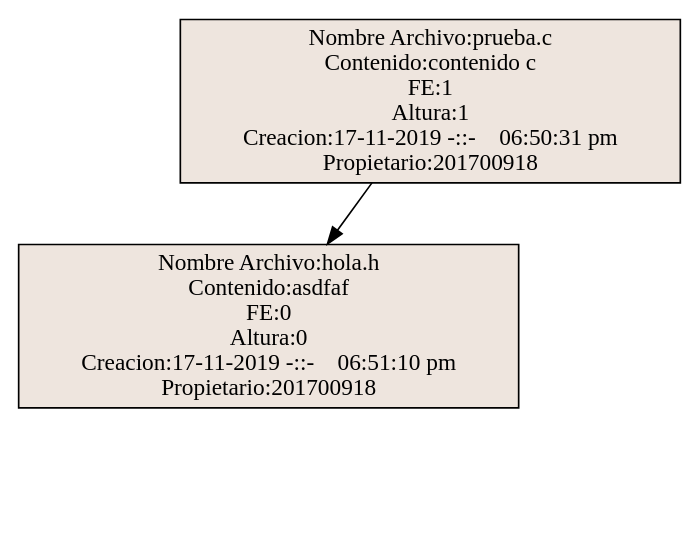
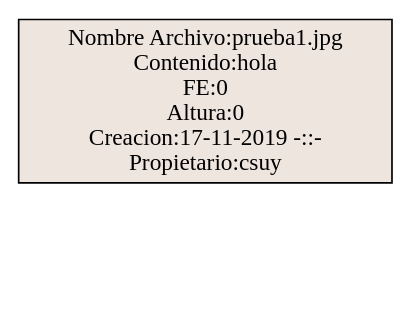
One commit to CSuy/EDD_2S2019_PY2_201700918 changed the diagram in Reportes/Arbol_AVL.dot. Above: the diagram before and after it, drawn with Graphviz. The commit also changed 28 other files, not shown here.

```diff
--- a/Reportes/Arbol_AVL.dot
+++ b/Reportes/Arbol_AVL.dot
@@ -1,43 +1,24 @@
 digraph guia{ 
 node [shape = record, style=filled, fillcolor=seashell2];
-"Nombre Archivo:prueba.c
- Contenido:contenido c
- FE:1
- Altura:1
- Creacion:17-11-2019 -::-    06:50:31 pm
- Propietario:201700918"; 
-"Nombre Archivo:prueba.c
- Contenido:contenido c
- FE:1
- Altura:1
- Creacion:17-11-2019 -::-    06:50:31 pm
- Propietario:201700918"-> 
-"Nombre Archivo:hola.h
- Contenido:asdfaf
+"Nombre Archivo:prueba1.jpg
+ Contenido:hola
  FE:0
  Altura:0
- Creacion:17-11-2019 -::-    06:51:10 pm
- Propietario:201700918"; 
+ Creacion:17-11-2019 -::-
+ Propietario:csuy"; 
 null0[label="", style=invis]; 
-"Nombre Archivo:hola.h
- Contenido:asdfaf
+"Nombre Archivo:prueba1.jpg
+ Contenido:hola
  FE:0
  Altura:0
- Creacion:17-11-2019 -::-    06:51:10 pm
- Propietario:201700918"-> null0[style=invis]; 
+ Creacion:17-11-2019 -::-
+ Propietario:csuy"-> null0[style=invis]; 
 null1[label="", style=invis]; 
-"Nombre Archivo:hola.h
- Contenido:asdfaf
+"Nombre Archivo:prueba1.jpg
+ Contenido:hola
  FE:0
  Altura:0
- Creacion:17-11-2019 -::-    06:51:10 pm
- Propietario:201700918"-> null1[style=invis]; 
-null2[label="", style=invis]; 
-"Nombre Archivo:prueba.c
- Contenido:contenido c
- FE:1
- Altura:1
- Creacion:17-11-2019 -::-    06:50:31 pm
- Propietario:201700918"-> null2[style=invis]; 
+ Creacion:17-11-2019 -::-
+ Propietario:csuy"-> null1[style=invis]; 
 
 }
```
